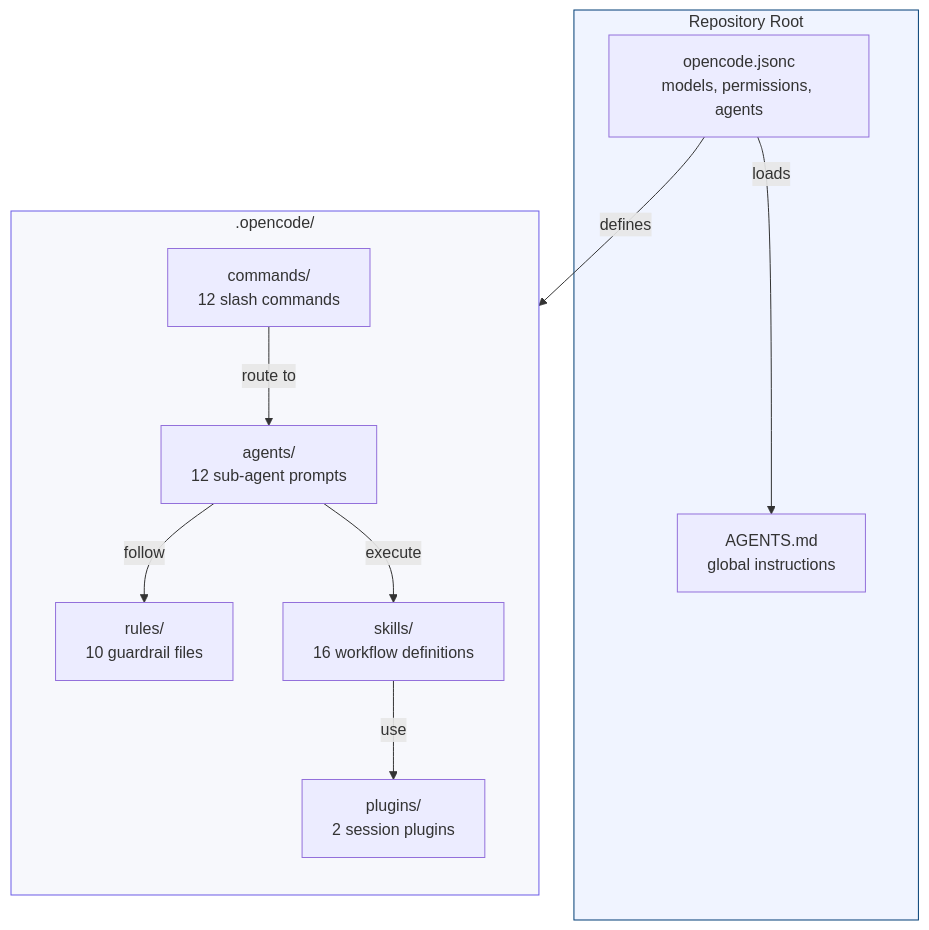
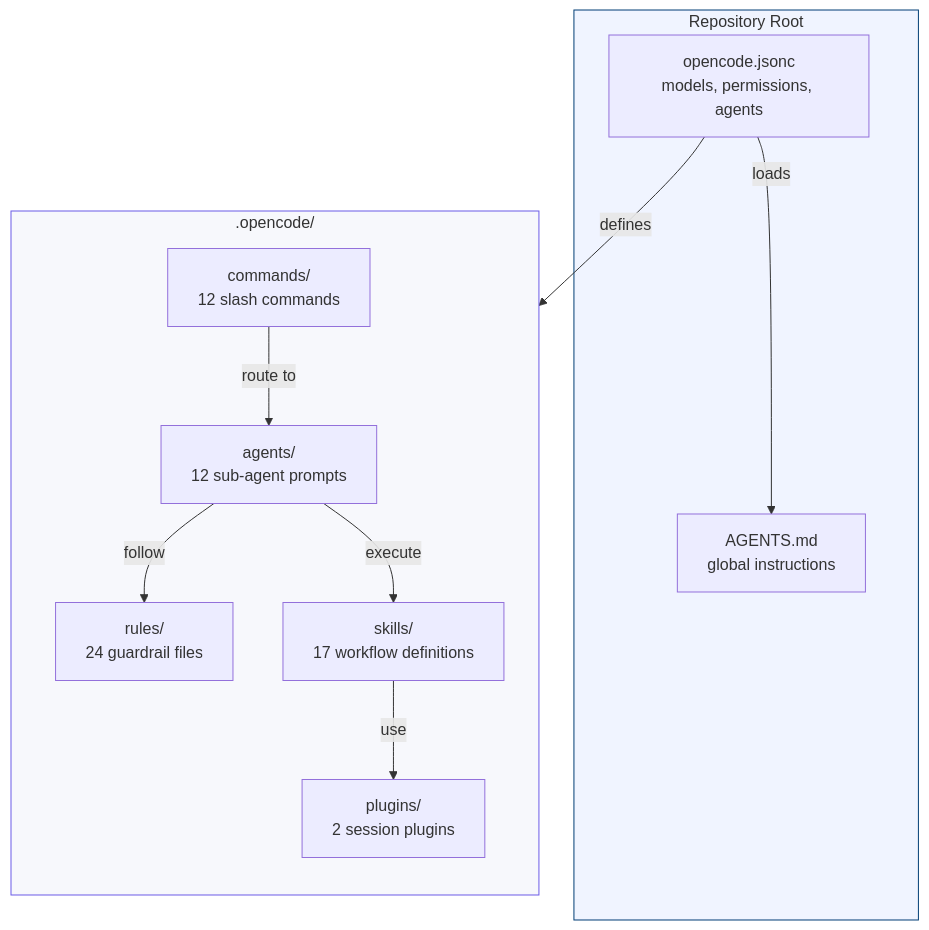
Before and after one commit to sean8601/mockserver-monorepo: the first of 7 diagrams in docs/operations/opencode-configuration.md, drawn with Mermaid. The commit also changed other lines of this file and 6 other files, not shown here.

````diff
--- a/docs/operations/opencode-configuration.md
+++ b/docs/operations/opencode-configuration.md
@@ -11,33 +11,33 @@
 ```mermaid
 flowchart TB
     subgraph Root["Repository Root"]
         CONFIG["opencode.jsonc
 models, permissions, agents"]
         AGENTS_MD["AGENTS.md
 global instructions"]
     end
 
     subgraph Harness[".opencode/"]
         direction TB
         AG["agents/
 12 sub-agent prompts"]
         RU["rules/
-10 guardrail files"]
+24 guardrail files"]
         SK["skills/
-16 workflow definitions"]
+17 workflow definitions"]
         CM["commands/
 12 slash commands"]
         PL["plugins/
 2 session plugins"]
     end
 
     CONFIG -->|"loads"| AGENTS_MD
     CONFIG -->|"defines"| AG
     AG -->|"follow"| RU
     AG -->|"execute"| SK
     CM -->|"route to"| AG
     SK -->|"use"| PL
 
     style Root fill:#f0f4ff,stroke:#003d75
     style Harness fill:#f7f8fc,stroke:#6b5ce7
 ```
````
